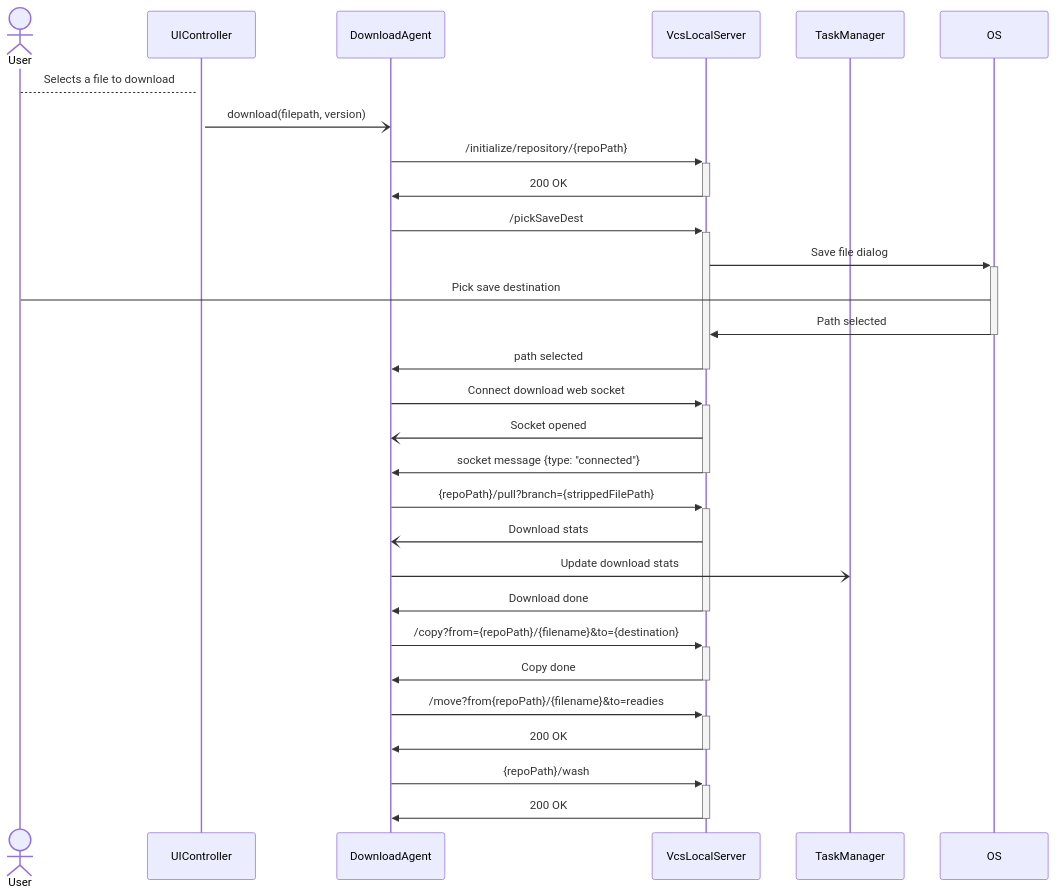
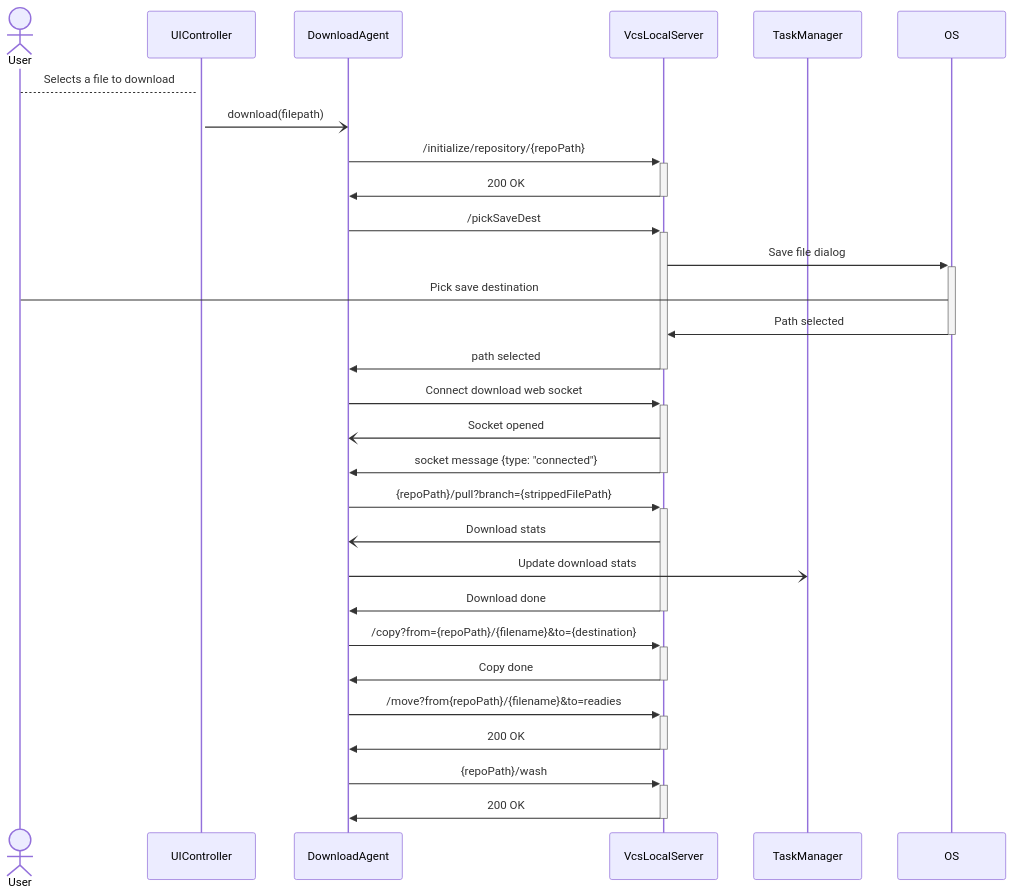
One commit to Star-Plus/CloudsparkWeb changed the diagram in src/lib/features/drive/agents/download/DownloadAgent.mermaid. Above: the diagram before and after it, drawn with Mermaid. The commit also changed 2 other files, not shown here.

Commit message:
feat: update DownloadAgent to simplify download method and enhance UploadAgent's prepareAsset functionality

```diff
--- a/src/lib/features/drive/agents/download/DownloadAgent.mermaid
+++ b/src/lib/features/drive/agents/download/DownloadAgent.mermaid
@@ -1,40 +1,40 @@
 sequenceDiagram
     actor User
     participant UIController
     participant DownloadAgent
     participant VcsLocalServer
     participant TaskManager
 
     
     User -->+ UIController: Selects a file to download
-    UIController -) DownloadAgent: download(filepath, version)
+    UIController -) DownloadAgent: download(filepath)
     DownloadAgent ->>+ VcsLocalServer: /initialize/repository/{repoPath}
     VcsLocalServer ->>- DownloadAgent: 200 OK
 
     DownloadAgent ->>+ VcsLocalServer: /pickSaveDest
     VcsLocalServer ->>+ OS: Save file dialog
     User -> OS: Pick save destination
 
     OS ->>- VcsLocalServer: Path selected
     VcsLocalServer ->>- DownloadAgent: path selected
 
     DownloadAgent ->>+ VcsLocalServer: Connect download web socket
     VcsLocalServer -) DownloadAgent: Socket opened
 
     VcsLocalServer ->>- DownloadAgent: socket message {type: "connected"}
 
     DownloadAgent ->>+ VcsLocalServer: {repoPath}/pull?branch={strippedFilePath}
 
     VcsLocalServer -) DownloadAgent: Download stats
     DownloadAgent -) TaskManager: Update download stats
 
     VcsLocalServer ->>- DownloadAgent: Download done
 
     DownloadAgent ->>+ VcsLocalServer: /copy?from={repoPath}/{filename}&to={destination}
     VcsLocalServer ->>- DownloadAgent: Copy done
 
     DownloadAgent ->>+ VcsLocalServer: /move?from{repoPath}/{filename}&to=readies
     VcsLocalServer ->>- DownloadAgent: 200 OK
 
     DownloadAgent ->>+ VcsLocalServer: {repoPath}/wash
     VcsLocalServer ->>- DownloadAgent: 200 OK
```
